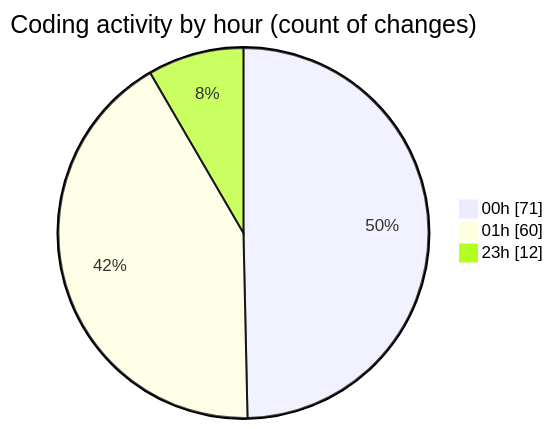
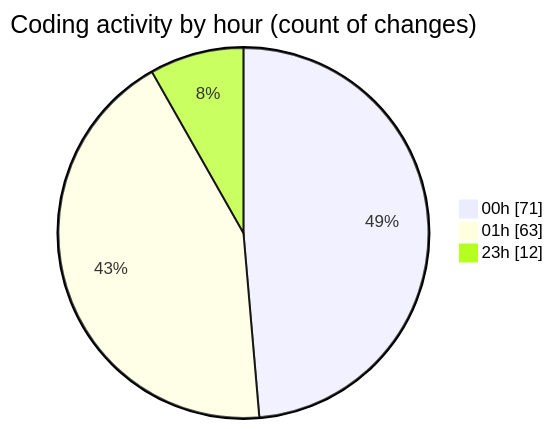
One commit to Ritupan-Deka/code-tracking changed the second of 2 diagrams in 2025-07-17/mern-workoutboard/README.md. Above: the diagram before and after it, drawn with Mermaid. The commit also changed other lines of this file and 1 other file, not shown here.

````diff
--- a/2025-07-17/mern-workoutboard/README.md
+++ b/2025-07-17/mern-workoutboard/README.md
@@ -29,7 +29,7 @@
 ```mermaid
 pie showData
 title Coding activity by hour (count of changes)
 "00h" : 71
-"01h" : 60
+"01h" : 63
 "23h" : 12
 ```
````
